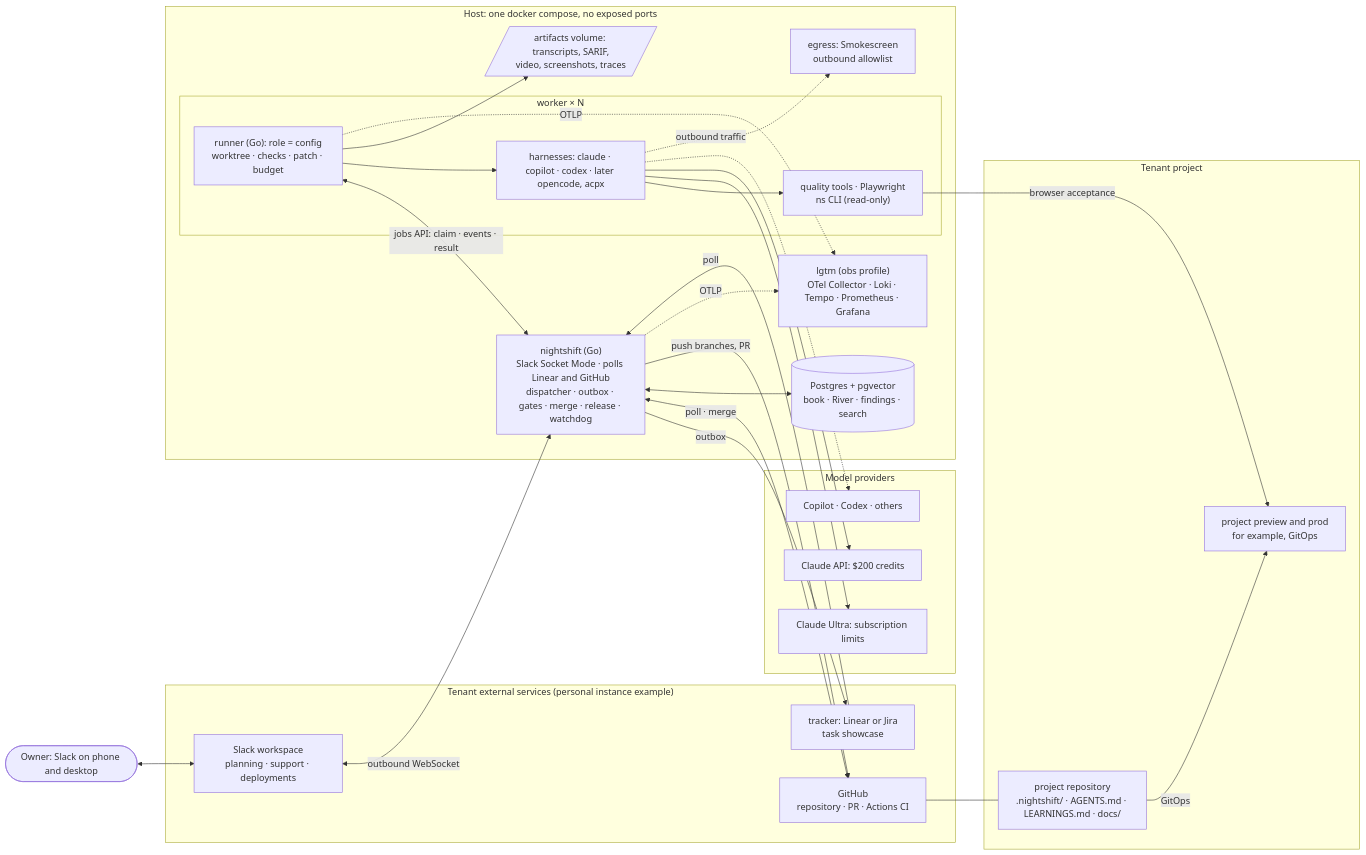
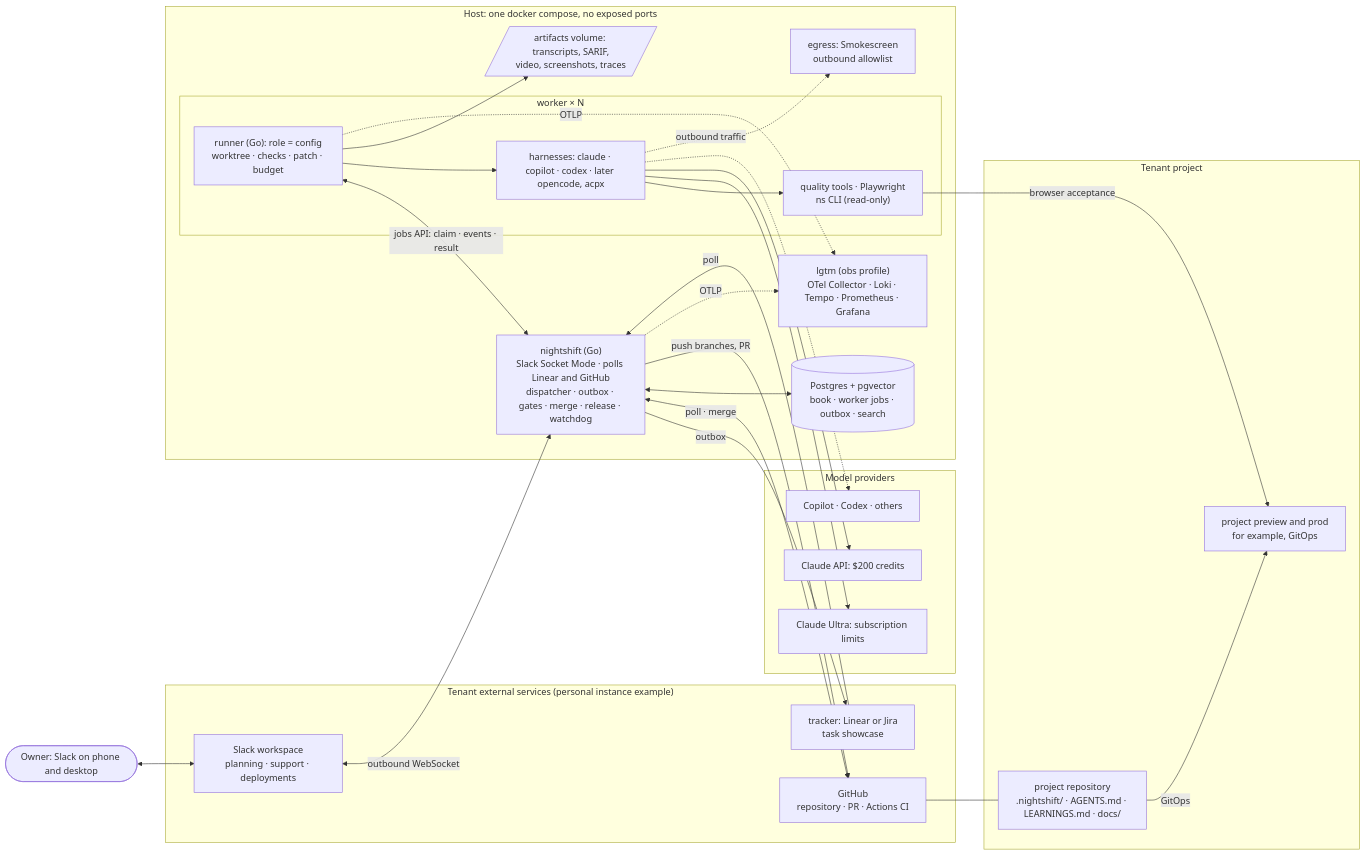
Before and after one commit to IlyaChakun/nightshift: the first of 6 diagrams in docs/design.md, drawn with Mermaid. The commit also changed other lines of this file and 4 other files, not shown here.

````diff
--- a/docs/design.md
+++ b/docs/design.md
@@ -113,55 +113,55 @@
 ```mermaid
 flowchart LR
   owner(["Owner: Slack on phone and desktop"])
 
   subgraph EXT["Tenant external services (personal instance example)"]
     slack["Slack workspace<br/>planning · support · deployments"]
     linear["tracker: Linear or Jira<br/>task showcase"]
     gh["GitHub<br/>repository · PR · Actions CI"]
   end
 
   subgraph LLM["Model providers"]
     csub["Claude Ultra: subscription limits"]
     capi["Claude API: $200 credits"]
     oth["Copilot · Codex · others"]
   end
 
   subgraph HOST["Host: one docker compose, no exposed ports"]
     ns["nightshift (Go)<br/>Slack Socket Mode · polls Linear and GitHub<br/>dispatcher · outbox · gates · merge · release · watchdog"]
-    pg[("Postgres + pgvector<br/>book · River · findings · search")]
+    pg[("Postgres + pgvector<br/>book · worker jobs · outbox · search")]
     subgraph WK["worker × N"]
       run["runner (Go): role = config<br/>worktree · checks · patch · budget"]
       har["harnesses: claude · copilot · codex · later opencode, acpx"]
       tl["quality tools · Playwright<br/>ns CLI (read-only)"]
     end
     art[/"artifacts volume: transcripts, SARIF,<br/>video, screenshots, traces"/]
     obs["lgtm (obs profile)<br/>OTel Collector · Loki · Tempo · Prometheus · Grafana"]
     px["egress: Smokescreen<br/>outbound allowlist"]
   end
 
   subgraph TEN["Tenant project"]
     repo["project repository<br/>.nightshift/ · AGENTS.md · LEARNINGS.md · docs/"]
     env["project preview and prod<br/>for example, GitOps"]
   end
 
   owner <--> slack
   slack <-->|"outbound WebSocket"| ns
   ns -->|"outbox"| linear
   linear -->|"poll"| ns
   ns <-->|"poll · merge"| gh
   ns <--> pg
   run <-->|"jobs API: claim · events · result"| ns
   run --> har
   har --> tl
   har --> csub
   har --> capi
   har -.-> oth
   run --> art
   ns -->|"push branches, PR"| gh
   ns -.->|"OTLP"| obs
   run -.->|"OTLP"| obs
   har -.->|"outbound traffic"| px
   gh --- repo
   repo -->|"GitOps"| env
   tl -->|"browser acceptance"| env
 ```
````
